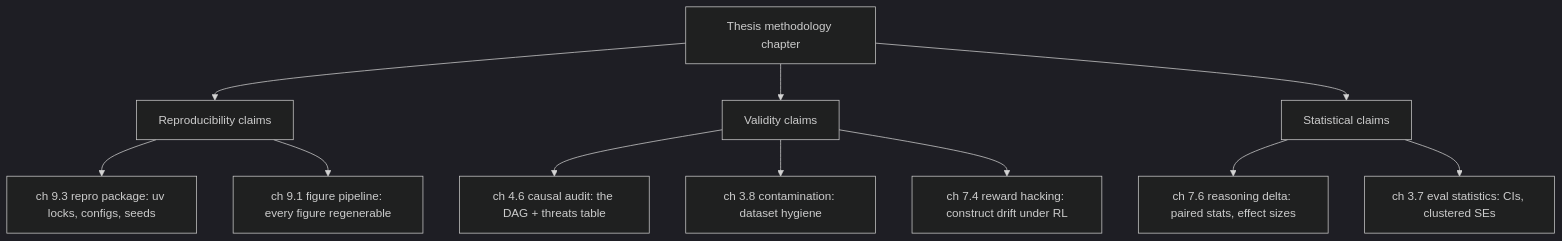
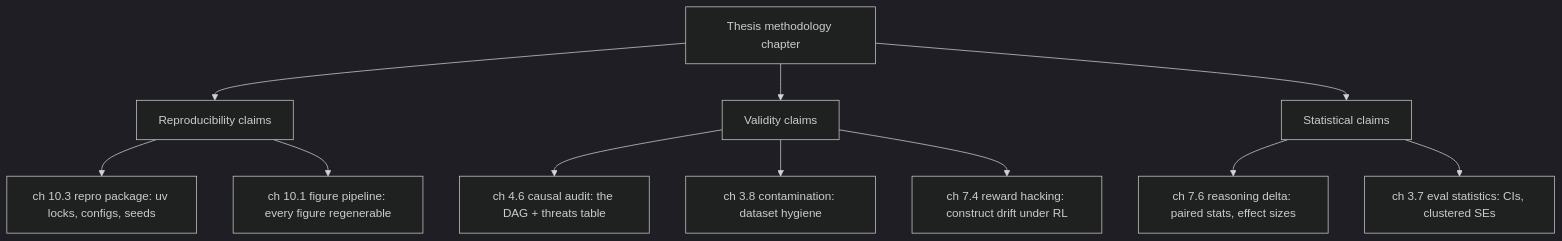
Before and after one commit to tbar4/thesis-tech-stack: the diagram in book/src/p10-assembly/02-methodology.md, drawn with Mermaid (dark theme). The commit also changed other lines of this file and 7 other files, not shown here.

````diff
--- a/book/src/p10-assembly/02-methodology.md
+++ b/book/src/p10-assembly/02-methodology.md
@@ -27,13 +27,13 @@
 ```mermaid
 flowchart TD
   M[Thesis methodology chapter] --> R[Reproducibility claims]
   M --> V[Validity claims]
   M --> S[Statistical claims]
-  R --> R1[ch 9.3 repro package: uv locks, configs, seeds]
-  R --> R2[ch 9.1 figure pipeline: every figure regenerable]
+  R --> R1[ch 10.3 repro package: uv locks, configs, seeds]
+  R --> R2[ch 10.1 figure pipeline: every figure regenerable]
   V --> V1[ch 4.6 causal audit: the DAG + threats table]
   V --> V2[ch 3.8 contamination: dataset hygiene]
   S --> S1[ch 7.6 reasoning delta: paired stats, effect sizes]
   S --> S2[ch 3.7 eval statistics: CIs, clustered SEs]
   V --> V3[ch 7.4 reward hacking: construct drift under RL]
 ```
````
